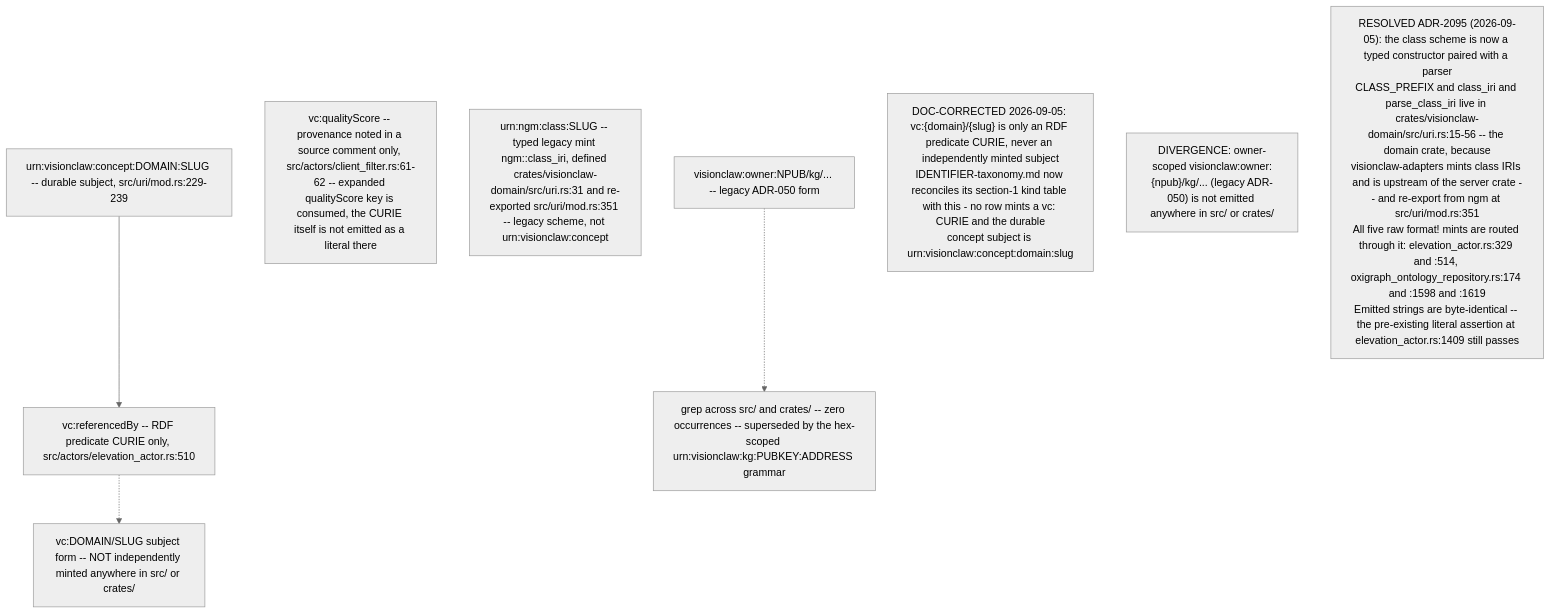
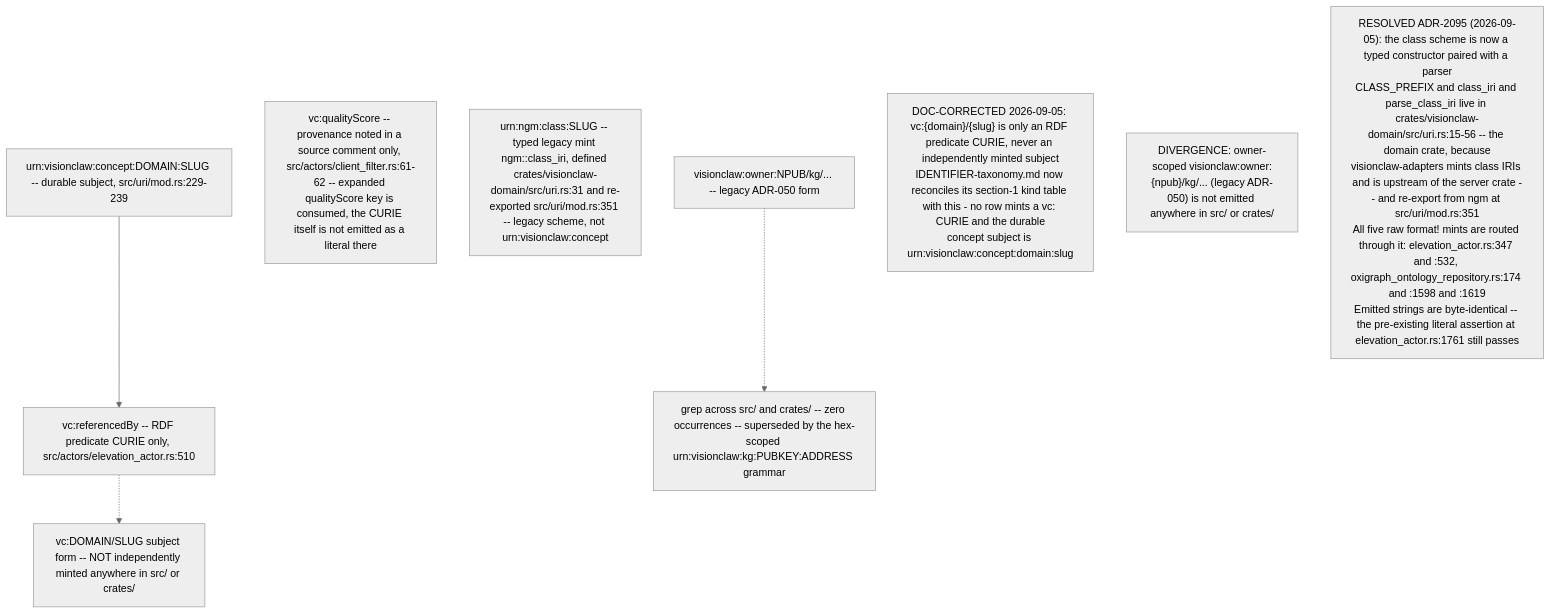
Before and after one commit to DreamLab-AI/VisionFlow: the ninth of 10 diagrams in docs/diagrams/visionclaw/23-identifiers-urn-did-sha12.md, drawn with Mermaid (neutral theme). The commit also changed other lines of this file and 32 other files, not shown here.

````diff
--- a/docs/diagrams/visionclaw/23-identifiers-urn-did-sha12.md
+++ b/docs/diagrams/visionclaw/23-identifiers-urn-did-sha12.md
@@ -314,12 +318,12 @@
 ```mermaid
 flowchart TD
     Concept["urn:visionclaw:concept:DOMAIN:SLUG -- durable subject, src/uri/mod.rs:229-239"] --> Curie["vc:referencedBy -- RDF predicate CURIE only, src/actors/elevation_actor.rs:510"]
     Curie -.-> NotSubject["vc:DOMAIN/SLUG subject form -- NOT independently minted anywhere in src/ or crates/"]
     QS["vc:qualityScore -- provenance noted in a source comment only, src/actors/client_filter.rs:61-62 -- expanded qualityScore key is consumed, the CURIE itself is not emitted as a literal there"]
     LegacyClass["urn:ngm:class:SLUG -- typed legacy mint ngm::class_iri, defined crates/visionclaw-domain/src/uri.rs:31 and re-exported src/uri/mod.rs:351 -- legacy scheme, not urn:visionclaw:concept"]
     OwnerScoped["visionclaw:owner:NPUB/kg/... -- legacy ADR-050 form"] -.-> Absent["grep across src/ and crates/ -- zero occurrences -- superseded by the hex-scoped urn:visionclaw:kg:PUBKEY:ADDRESS grammar"]
 
     DivA["DOC-CORRECTED 2026-09-05: vc:{domain}/{slug} is only an RDF predicate CURIE, never an independently minted subject<br/>IDENTIFIER-taxonomy.md now reconciles its section-1 kind table with this - no row mints a vc: CURIE and the durable<br/>concept subject is urn:visionclaw:concept:domain:slug"]
     DivB["DIVERGENCE: owner-scoped visionclaw:owner:{npub}/kg/... (legacy ADR-050) is not emitted anywhere in src/ or crates/"]
-    DriftX["RESOLVED ADR-2095 (2026-09-05): the class scheme is now a typed constructor paired with a parser<br/>CLASS_PREFIX and class_iri and parse_class_iri live in crates/visionclaw-domain/src/uri.rs:15-56 -- the domain crate, because<br/>visionclaw-adapters mints class IRIs and is upstream of the server crate -- and re-export from ngm at src/uri/mod.rs:351<br/>All five raw format! mints are routed through it: elevation_actor.rs:329 and :514, oxigraph_ontology_repository.rs:174 and :1598 and :1619<br/>Emitted strings are byte-identical -- the pre-existing literal assertion at elevation_actor.rs:1409 still passes"]
+    DriftX["RESOLVED ADR-2095 (2026-09-05): the class scheme is now a typed constructor paired with a parser<br/>CLASS_PREFIX and class_iri and parse_class_iri live in crates/visionclaw-domain/src/uri.rs:15-56 -- the domain crate, because<br/>visionclaw-adapters mints class IRIs and is upstream of the server crate -- and re-export from ngm at src/uri/mod.rs:351<br/>All five raw format! mints are routed through it: elevation_actor.rs:347 and :532, oxigraph_ontology_repository.rs:174 and :1598 and :1619<br/>Emitted strings are byte-identical -- the pre-existing literal assertion at elevation_actor.rs:1761 still passes"]
 ```
````
